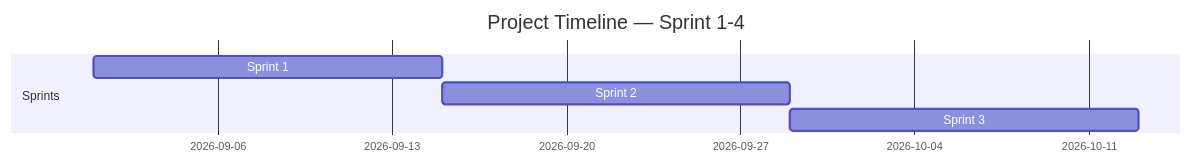
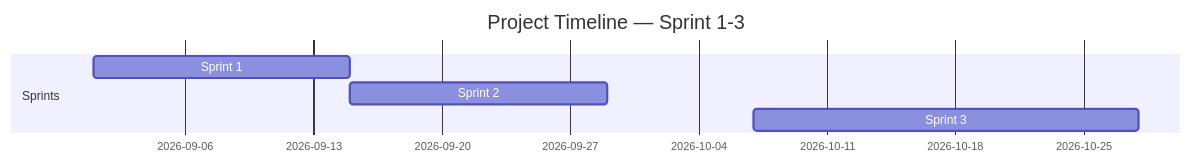
The diagram in docs/agile/02-sprint-backlog-template.md (EVE2486/DG225_-PROJECT-derni-re--GAME), drawn with Mermaid before and after one commit. The commit also changed other lines of this file and 5 other files, not shown here.

Commit message:
Update sprint plans and backlog templates for Sprint 3, adjust timelines, and refine user story statuses

````diff
--- a/docs/agile/02-sprint-backlog-template.md
+++ b/docs/agile/02-sprint-backlog-template.md
@@ -19,9 +19,9 @@
 ```mermaid
 gantt
-    title Project Timeline — Sprint 1-4
+    title Project Timeline — Sprint 1-3
     dateFormat  YYYY-MM-DD
     section Sprints
     Sprint 1 :s1, 2026-09-01, 14d
     Sprint 2 :s2, after s1, 14d
-    Sprint 3 :s3, after s2, 14d
+    Sprint 3 :s3, 2026-10-07, 21d
 ```
````
